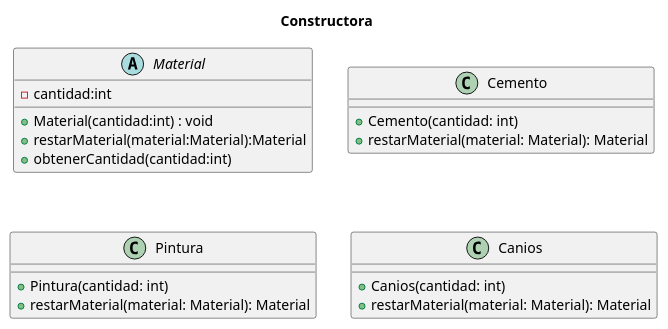
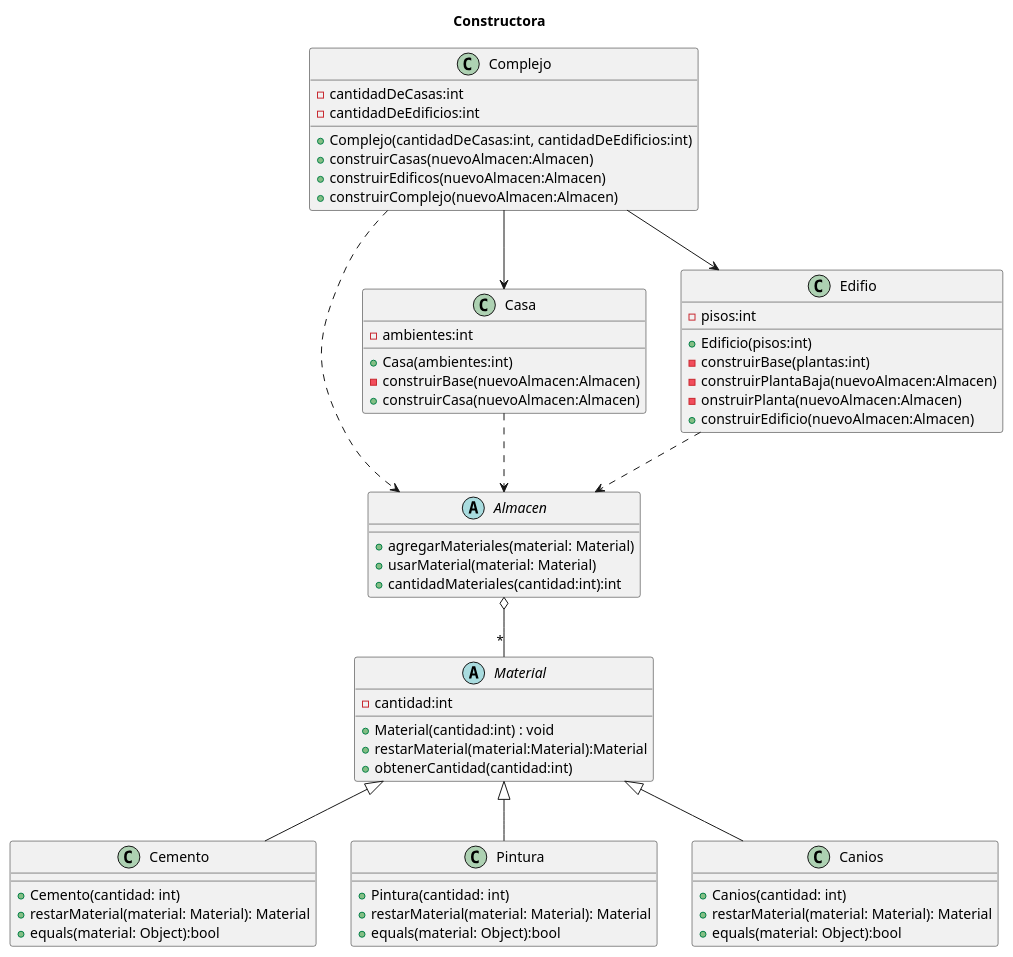
The diagram in src/main/java/DiagramaDeClasesConstructora.puml (JoaniPran/Complejo), drawn with PlantUML before and after one commit.

Commit message:
diagrama de clase terminado

```diff
--- a/src/main/java/DiagramaDeClasesConstructora.puml
+++ b/src/main/java/DiagramaDeClasesConstructora.puml
@@ -1,31 +1,78 @@
 @startuml
 'https://plantuml.com/class-diagram
 
 title "Constructora"
 
 
 abstract class Material {
     -cantidad:int
     +Material(cantidad:int) : void
     +restarMaterial(material:Material):Material
     +obtenerCantidad(cantidad:int)
 }
 
-class Cemento {
+class Cemento extends Material{
     +Cemento(cantidad: int)
     +restarMaterial(material: Material): Material
+    +equals(material: Object):bool
 }
 
-class Pintura {
+class Pintura extends Material{
     +Pintura(cantidad: int)
     +restarMaterial(material: Material): Material
+    +equals(material: Object):bool
 }
 
-class Canios {
+class Canios extends Material{
     +Canios(cantidad: int)
     +restarMaterial(material: Material): Material
+    +equals(material: Object):bool
 }
 
 
+abstract class Almacen {
+    +agregarMateriales(material: Material)
+    +usarMaterial(material: Material)
+    +cantidadMateriales(cantidad:int):int
+}
+
+Almacen o--"*"Material 
+
+
+
+class Casa {
+    -ambientes:int
+    +Casa(ambientes:int)
+    -construirBase(nuevoAlmacen:Almacen)
+    +construirCasa(nuevoAlmacen:Almacen)
+}
+
+Casa ..> Almacen
+
+
+class Edifio {
+    -pisos:int
+    +Edificio(pisos:int)
+    -construirBase(plantas:int)
+    -construirPlantaBaja(nuevoAlmacen:Almacen)
+    -onstruirPlanta(nuevoAlmacen:Almacen)
+    +construirEdificio(nuevoAlmacen:Almacen)
+}
+
+Edifio ..> Almacen
+
+class Complejo {
+    -cantidadDeCasas:int
+    -cantidadDeEdificios:int
+    +Complejo(cantidadDeCasas:int, cantidadDeEdificios:int)
+    +construirCasas(nuevoAlmacen:Almacen)
+    +construirEdificos(nuevoAlmacen:Almacen)
+    +construirComplejo(nuevoAlmacen:Almacen)
+}
+
+Complejo --> Casa
+Complejo --> Edifio
+
+Complejo ..>Almacen
 
 @enduml
```
